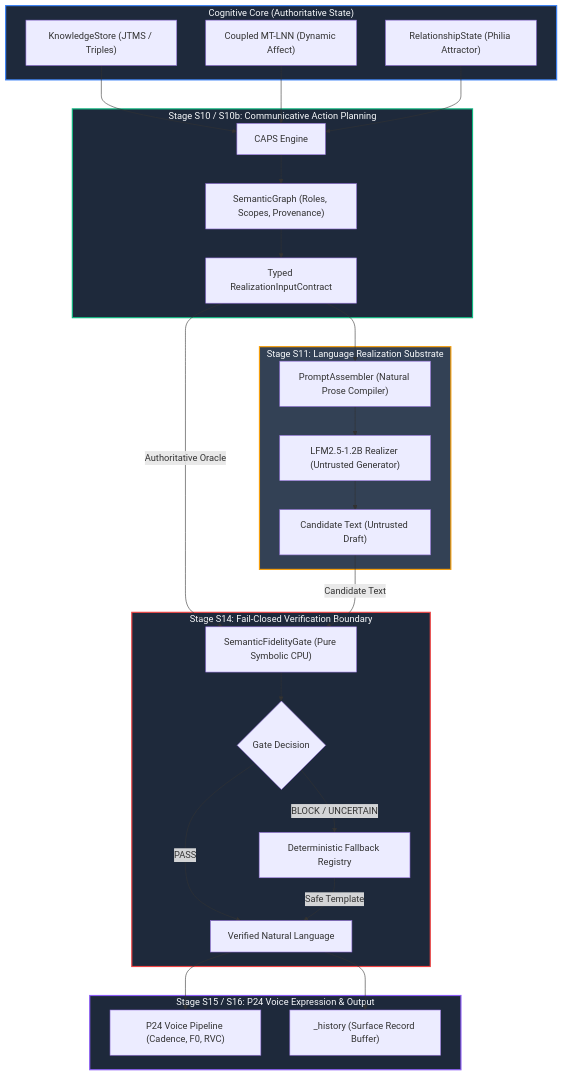
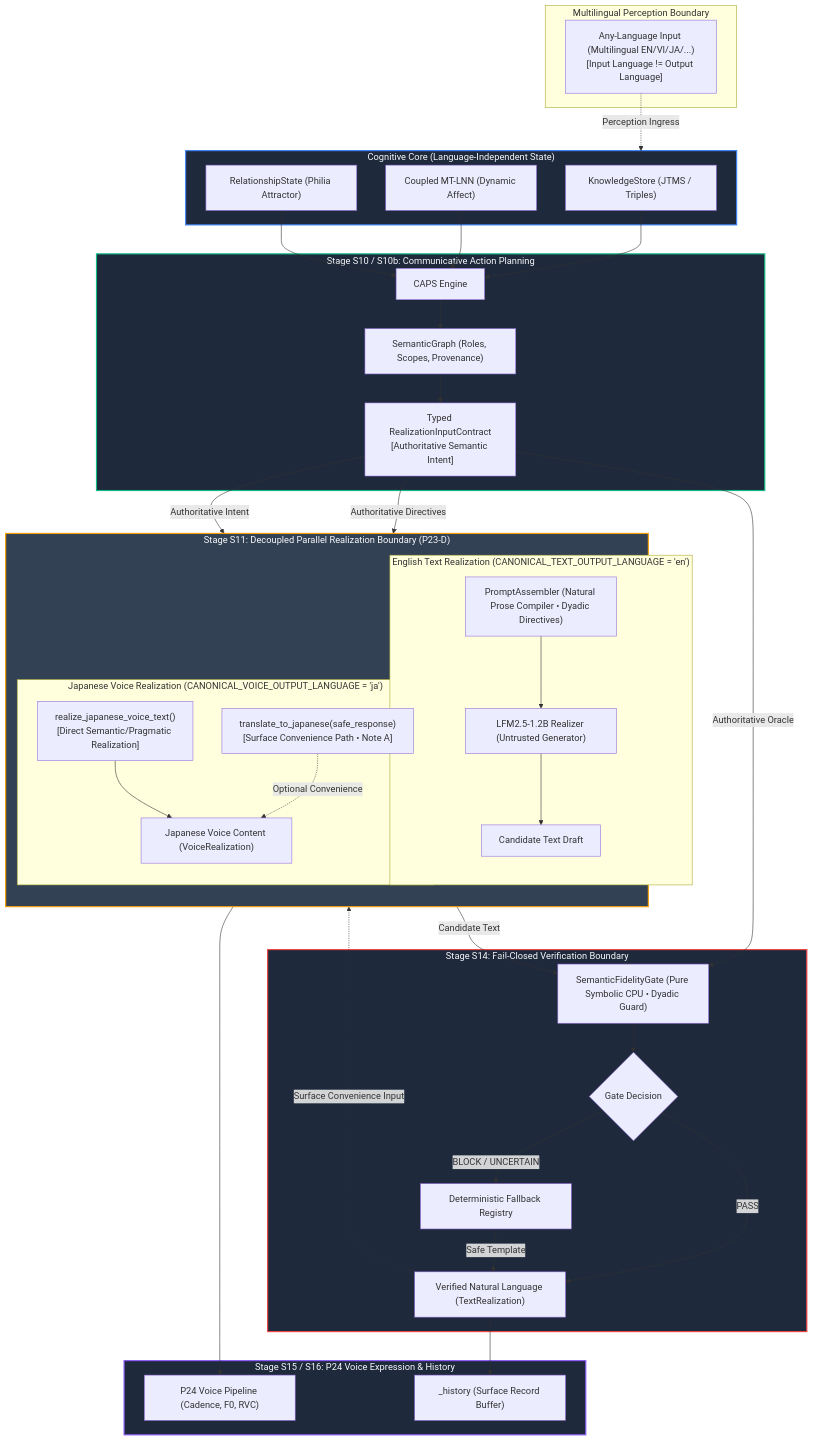
One commit to Lunafiah/Lucia changed the diagram in docs/others/PRODUCTION_REALIZATION_BOUNDARY_ADR/ADR_035_PRODUCTION_REALIZATION_BOUNDARY.md. Above: the diagram before and after it, drawn with Mermaid. The commit also changed other lines of this file and 16 other files, not shown here.

First line of the commit message:
feat(language): freeze P23-D output language architecture and synchronize canonical docs

````diff
--- a/docs/others/PRODUCTION_REALIZATION_BOUNDARY_ADR/ADR_035_PRODUCTION_REALIZATION_BOUNDARY.md
+++ b/docs/others/PRODUCTION_REALIZATION_BOUNDARY_ADR/ADR_035_PRODUCTION_REALIZATION_BOUNDARY.md
@@ -118,54 +156,75 @@
 ```mermaid
 flowchart TD
-    subgraph COGNITIVE_CORE ["Cognitive Core (Authoritative State)"]
+    subgraph PERCEPTION ["Multilingual Perception Boundary"]
+        INP["Any-Language Input (Multilingual EN/VI/JA/...)\n[Input Language != Output Language]"]
+    end
+
+    subgraph COGNITIVE_CORE ["Cognitive Core (Language-Independent State)"]
         KS["KnowledgeStore (JTMS / Triples)"]
         LNN["Coupled MT-LNN (Dynamic Affect)"]
         REL["RelationshipState (Philia Attractor)"]
     end
 
     subgraph S10_CAPS ["Stage S10 / S10b: Communicative Action Planning"]
         CAPS["CAPS Engine"]
         SG["SemanticGraph (Roles, Scopes, Provenance)"]
-        TIC["Typed RealizationInputContract"]
+        TIC["Typed RealizationInputContract\n[Authoritative Semantic Intent]"]
         KS --> CAPS
         LNN --> CAPS
         REL --> CAPS
         CAPS --> SG
         SG --> TIC
     end
+    
+    INP -.->|"Perception Ingress"| COGNITIVE_CORE
 
-    subgraph S11_REALIZATION ["Stage S11: Language Realization Substrate"]
-        PA["PromptAssembler (Natural Prose Compiler)"]
-        SLM["LFM2.5-1.2B Realizer (Untrusted Generator)"]
-        CAND["Candidate Text (Untrusted Draft)"]
-        TIC --> PA
-        PA --> SLM
-        SLM --> CAND
+    subgraph S11_REALIZATION ["Stage S11: Decoupled Parallel Realization Boundary (P23-D)"]
+        direction TB
+        
+        subgraph S11_TEXT ["English Text Realization (CANONICAL_TEXT_OUTPUT_LANGUAGE = 'en')"]
+            PA["PromptAssembler (Natural Prose Compiler • Dyadic Directives)"]
+            SLM["LFM2.5-1.2B Realizer (Untrusted Generator)"]
+            CAND["Candidate Text Draft"]
+            PA --> SLM
+            SLM --> CAND
+        end
+        
+        subgraph S11_VOICE ["Japanese Voice Realization (CANONICAL_VOICE_OUTPUT_LANGUAGE = 'ja')"]
+            DIR_VOICE["realize_japanese_voice_text()\n[Direct Semantic/Pragmatic Realization]"]
+            SURF_VOICE["translate_to_japanese(safe_response)\n[Surface Convenience Path • Note A]"]
+            VOICE_TXT["Japanese Voice Content (VoiceRealization)"]
+            DIR_VOICE --> VOICE_TXT
+            SURF_VOICE -.->|"Optional Convenience"| VOICE_TXT
+        end
+        
+        TIC -->|"Authoritative Directives"| PA
+        TIC -->|"Authoritative Intent"| DIR_VOICE
     end
 
     subgraph S14_VERIFICATION ["Stage S14: Fail-Closed Verification Boundary"]
-        GATE["SemanticFidelityGate (Pure Symbolic CPU)"]
+        GATE["SemanticFidelityGate (Pure Symbolic CPU • Dyadic Guard)"]
         FALLBACK["Deterministic Fallback Registry"]
         DECISION{"Gate Decision"}
         
         TIC -->|Authoritative Oracle| GATE
         CAND -->|Candidate Text| GATE
         GATE --> DECISION
-        DECISION -->|PASS| EMIT["Verified Natural Language"]
+        DECISION -->|PASS| EMIT["Verified Natural Language (TextRealization)"]
         DECISION -->|BLOCK / UNCERTAIN| FALLBACK
         FALLBACK -->|Safe Template| EMIT
+        EMIT -.->|"Surface Convenience Input"| SURF_VOICE
     end
 
-    subgraph S15_P24 ["Stage S15 / S16: P24 Voice Expression & Output"]
+    subgraph S15_P24 ["Stage S15 / S16: P24 Voice Expression & History"]
         P24["P24 Voice Pipeline (Cadence, F0, RVC)"]
         HIST["_history (Surface Record Buffer)"]
-        EMIT --> P24
+        VOICE_TXT --> P24
         EMIT --> HIST
     end
 
     style COGNITIVE_CORE fill:#1e293b,stroke:#3b82f6,stroke-width:2px,color:#f8fafc
     style S10_CAPS fill:#1e293b,stroke:#10b981,stroke-width:2px,color:#f8fafc
     style S11_REALIZATION fill:#334155,stroke:#f59e0b,stroke-width:2px,color:#f8fafc
     style S14_VERIFICATION fill:#1e293b,stroke:#ef4444,stroke-width:2px,color:#f8fafc
     style S15_P24 fill:#1e293b,stroke:#8b5cf6,stroke-width:2px,color:#f8fafc
 ```
````
